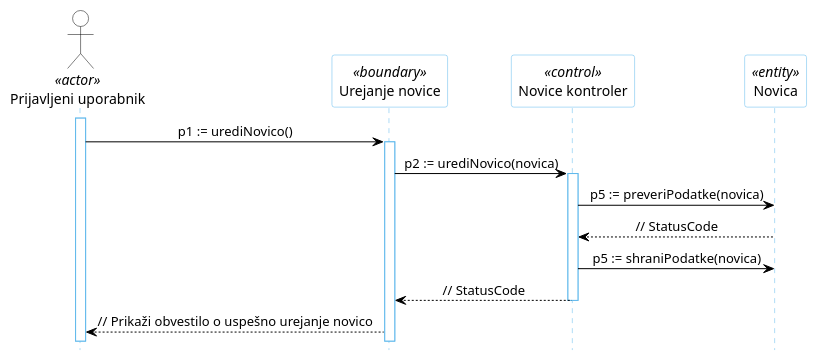
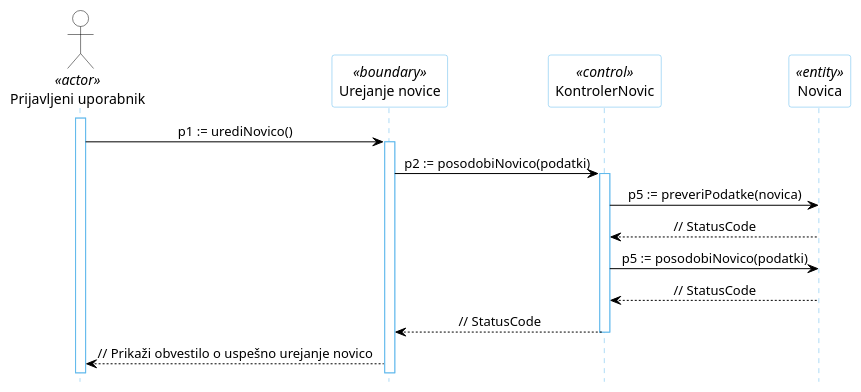
One commit to kupinah/test-tpo changed the diagram in docs/gradivo/plantuml/DZ/urejanje-novico-osnovni.puml. Above: the diagram before and after it, drawn with PlantUML. The commit also changed other lines of this file and 10 other files, not shown here.

```diff
--- a/docs/gradivo/plantuml/DZ/urejanje-novico-osnovni.puml
+++ b/docs/gradivo/plantuml/DZ/urejanje-novico-osnovni.puml
@@ -1,30 +1,31 @@
 @startuml
 hide footbox
 
 skinparam backgroundcolor transparent
 skinparam defaultTextAlignment center
 skinparam actorBorderColor black
 skinparam actorBackgroundColor white
 skinparam arrowColor black
 skinparam sequenceLifeLineBorderColor #5FB8EC
 skinparam sequenceParticipantBorderColor #5FB8EC
 skinparam sequenceParticipantBackgroundColor white
 
 actor "Prijavljeni uporabnik" AS U1 <<actor>>
 
 participant "Urejanje novice" as R5 <<boundary>>
-participant "Novice kontroler" as R2 <<control>>
+participant "KontrolerNovic" as R2 <<control>>
 participant "Novica" as R4 <<entity>>
 
 activate U1
 U1 -> R5: p1 := urediNovico()
 activate R5
-R5 -> R2: p2 := urediNovico(novica)
+R5 -> R2: p2 := posodobiNovico(podatki)
 activate R2
 R2 -> R4: p5 := preveriPodatke(novica)
 R4 --> R2: // StatusCode
-R2 -> R4: p5 := shraniPodatke(novica)
+R2 -> R4: p5 := posodobiNovico(podatki)
+R4 --> R2: // StatusCode
 R2 --> R5: // StatusCode
 deactivate R2
 R5 --> U1: // Prikaži obvestilo o uspešno urejanje novico
 @enduml
```
